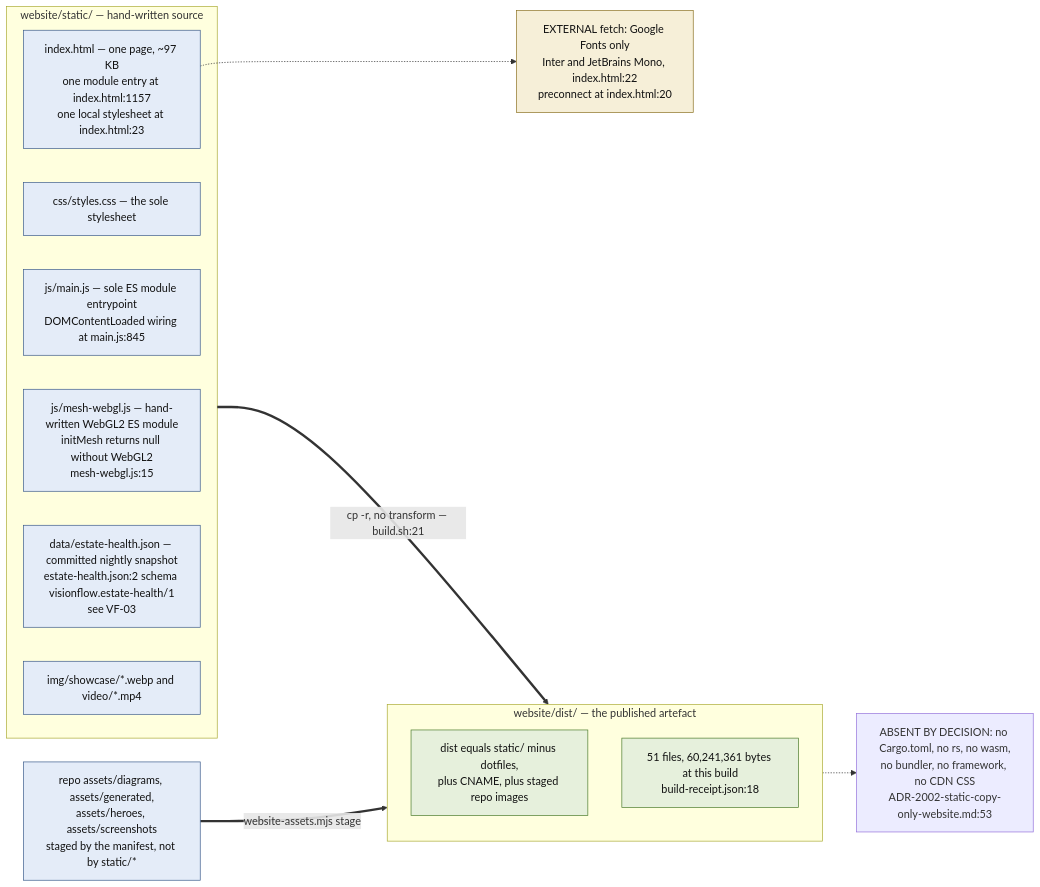
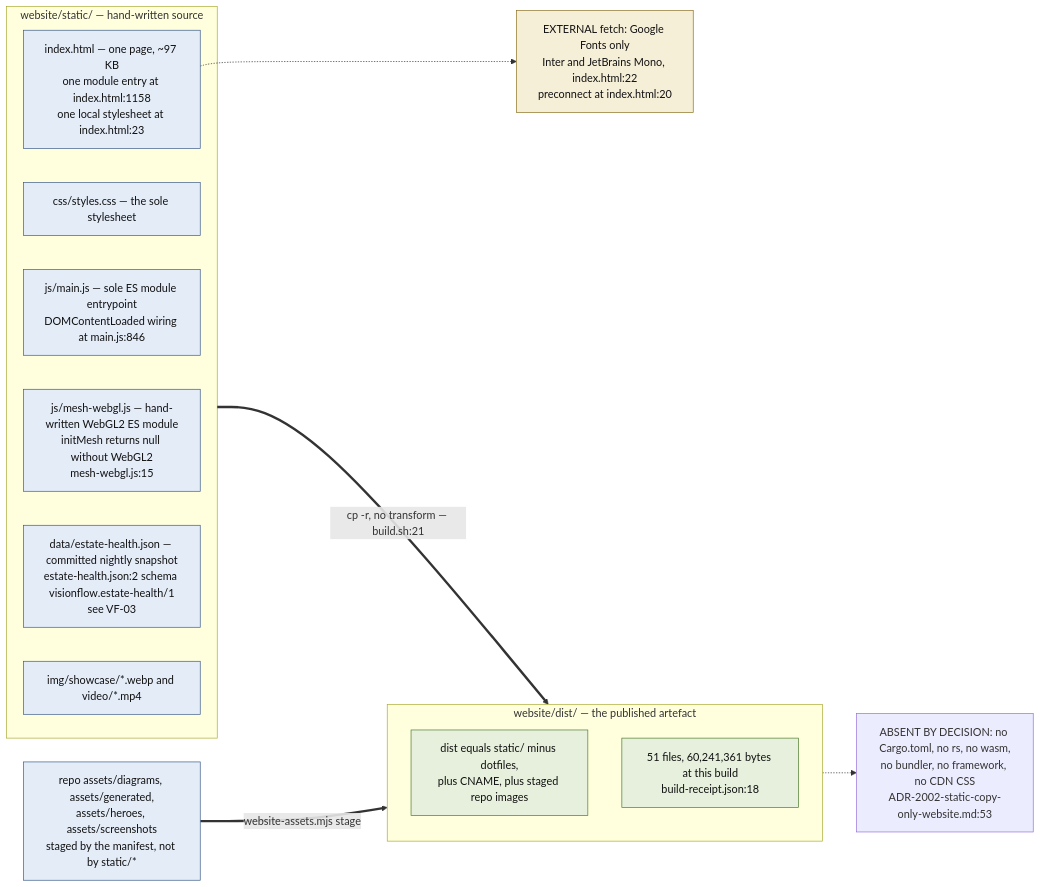
One commit to DreamLab-AI/VisionFlow changed the second of 12 diagrams in docs/diagrams/visionflow/02-website-build-and-deploy.md. Above: the diagram before and after it, drawn with Mermaid. The commit also changed other lines of this file and 7 other files, not shown here.

````diff
--- a/docs/diagrams/visionflow/02-website-build-and-deploy.md
+++ b/docs/diagrams/visionflow/02-website-build-and-deploy.md
@@ -67,30 +68,30 @@
 ```mermaid
 flowchart LR
     classDef src fill:#e4ecf8,stroke:#3a5a8a,color:#111
     classDef out fill:#e6f0dc,stroke:#4a7a2a,color:#111
     classDef ext fill:#f6efd8,stroke:#8a7020,color:#111
 
     subgraph STATIC["website/static/ — hand-written source"]
-        IDX["index.html — one page, ~97 KB<br/>one module entry at index.html:1157<br/>one local stylesheet at index.html:23"]:::src
+        IDX["index.html — one page, ~97 KB<br/>one module entry at index.html:1158<br/>one local stylesheet at index.html:23"]:::src
         CSS["css/styles.css — the sole stylesheet"]:::src
-        MAIN["js/main.js — sole ES module entrypoint<br/>DOMContentLoaded wiring at main.js:845"]:::src
+        MAIN["js/main.js — sole ES module entrypoint<br/>DOMContentLoaded wiring at main.js:846"]:::src
         MESH["js/mesh-webgl.js — hand-written WebGL2 ES module<br/>initMesh returns null without WebGL2<br/>mesh-webgl.js:15"]:::src
         DATA["data/estate-health.json — committed nightly snapshot<br/>estate-health.json:2 schema visionflow.estate-health/1<br/>see VF-03"]:::src
         MEDIA["img/showcase/*.webp and video/*.mp4"]:::src
     end
 
     subgraph DIST["website/dist/ — the published artefact"]
         D1["dist equals static/ minus dotfiles,<br/>plus CNAME, plus staged repo images"]:::out
         D2["51 files, 60,241,361 bytes at this build<br/>build-receipt.json:18"]:::out
     end
 
     STATIC ==>|"cp -r, no transform — build.sh:21"| DIST
     ASSETS["repo assets/diagrams, assets/generated,<br/>assets/heroes, assets/screenshots<br/>staged by the manifest, not by static/*"]:::src
     ASSETS ==>|"website-assets.mjs stage"| DIST
 
     FONTS["EXTERNAL fetch: Google Fonts only<br/>Inter and JetBrains Mono, index.html:22<br/>preconnect at index.html:20"]:::ext
     IDX -.-> FONTS
 
     NEG["ABSENT BY DECISION: no Cargo.toml, no rs, no wasm,<br/>no bundler, no framework, no CDN CSS<br/>ADR-2002-static-copy-only-website.md:53"]
     DIST -.-> NEG
 ```
````
